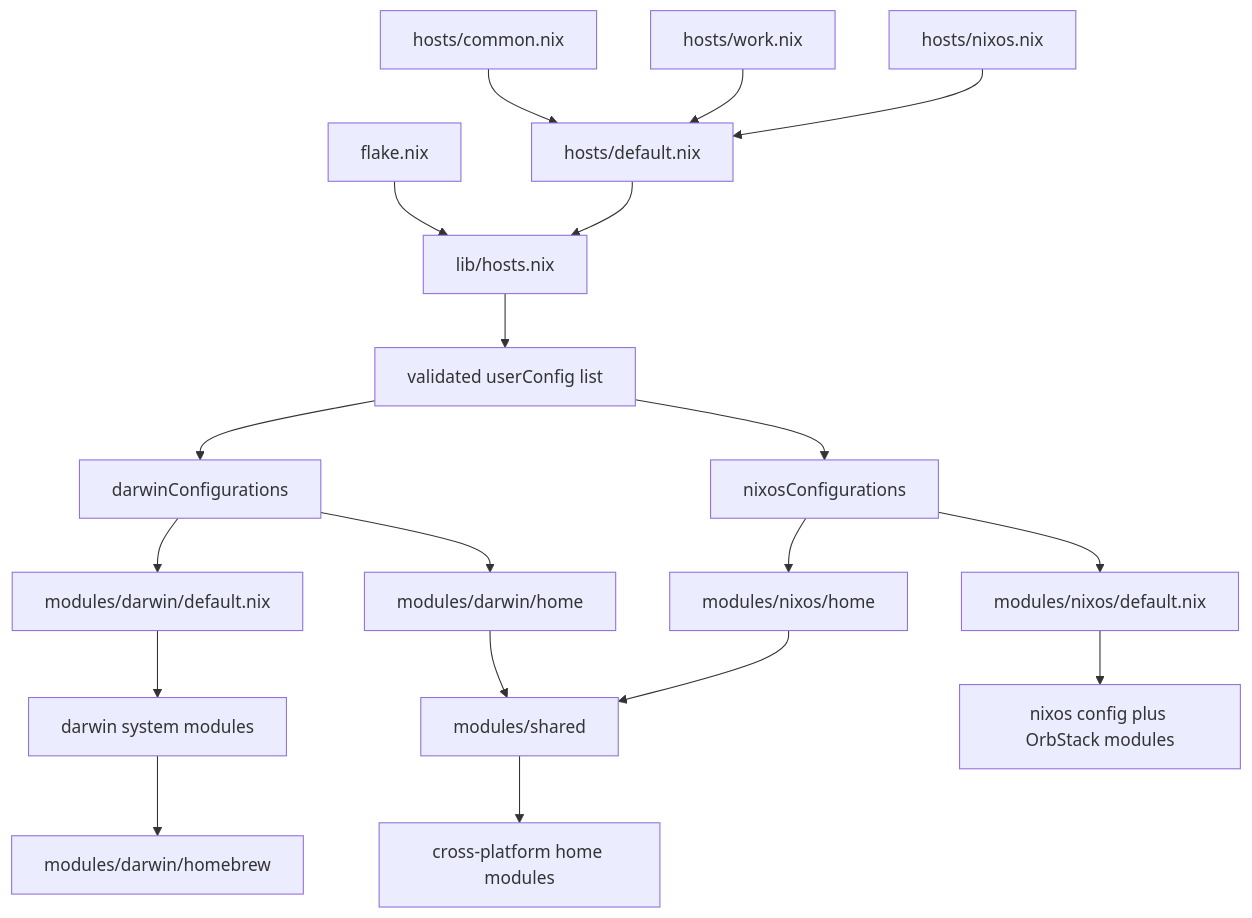
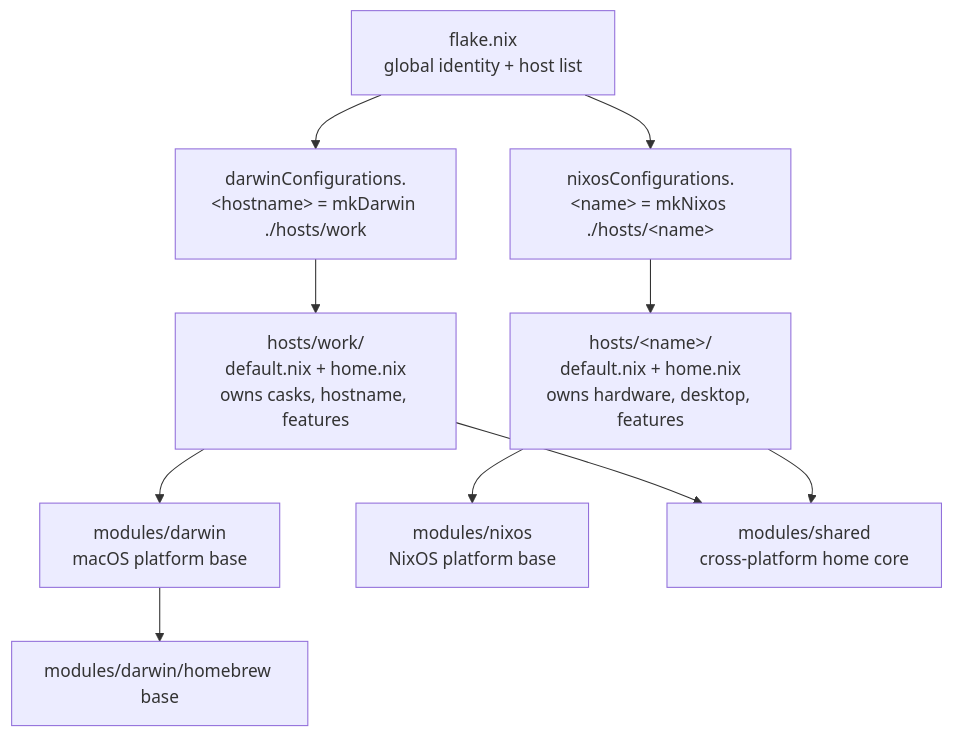
The first of 2 diagrams in CLAUDE.md (hahunavth/nix-config), drawn with Mermaid before and after one commit. The commit also changed other lines of this file and 45 other files, not shown here.

First line of the commit message:
feat(nixos-desktop): provision GUI VM + finish layered-structure refactor

````diff
--- a/CLAUDE.md
+++ b/CLAUDE.md
@@ -5,24 +5,14 @@
 ```mermaid
 flowchart TD
-	A[flake.nix] --> B[lib/hosts.nix]
-	H[hosts/common.nix] --> K[hosts/default.nix]
-	I[hosts/work.nix] --> K
-	J[hosts/nixos.nix] --> K
-	K --> B
-	B --> C[validated userConfig list]
-	C --> D[darwinConfigurations]
-	C --> E[nixosConfigurations]
+	A[flake.nix<br/>global identity + host list] --> D["darwinConfigurations.&lt;hostname&gt; = mkDarwin ./hosts/work"]
+	A --> E["nixosConfigurations.&lt;name&gt; = mkNixos ./hosts/&lt;name&gt;"]
 
-	D --> F[modules/darwin/default.nix]
-	F --> F1[darwin system modules]
-	D --> G[modules/darwin/home]
-	G --> G1[modules/shared]
-	G1 --> G2[cross-platform home modules]
+	D --> W[hosts/work/<br/>default.nix + home.nix<br/>owns casks, hostname, features]
+	E --> NX[hosts/&lt;name&gt;/<br/>default.nix + home.nix<br/>owns hardware, desktop, features]
 
-	E --> L[modules/nixos/default.nix]
-	L --> L1[nixos config plus OrbStack modules]
-	E --> M[modules/nixos/home]
-	M --> G1
-
-	F1 --> N[modules/darwin/homebrew]
+	W --> PD[modules/darwin<br/>macOS platform base]
+	NX --> PN[modules/nixos<br/>NixOS platform base]
+	W --> SH[modules/shared<br/>cross-platform home core]
+	NX --> SH
+	PD --> BREW[modules/darwin/homebrew base]
 ```
````
